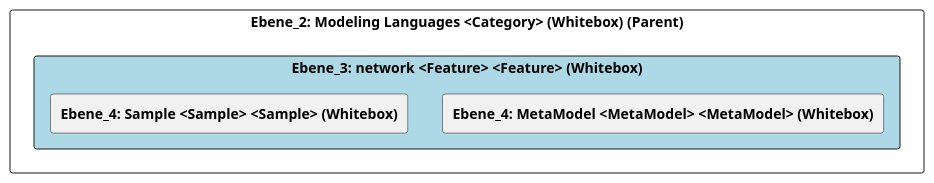
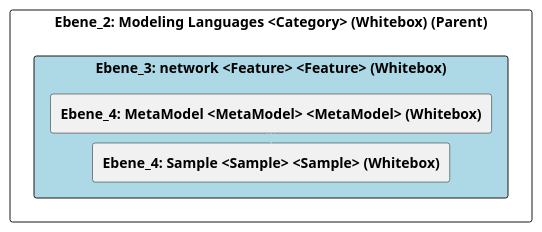
One commit to marcozwyssig/cleon changed the diagram in doc/cleonproject_deliverables_architecture_model_architecture/adoc/de/05_bausteinsicht/cleon/modeling_languages/network/ebene_3_network.adoc. Above: the diagram before and after it, drawn with PlantUML. The commit also changed other lines of this file and 214 other files, not shown here.

```diff
--- a/doc/cleonproject_deliverables_architecture_model_architecture/adoc/de/05_bausteinsicht/cleon/modeling_languages/network/ebene_3_network.adoc
+++ b/doc/cleonproject_deliverables_architecture_model_architecture/adoc/de/05_bausteinsicht/cleon/modeling_languages/network/ebene_3_network.adoc
@@ -20,25 +20,28 @@
 [plantuml, Ebene_3: network <Feature> <Feature> (Whitebox)BlockOverview, format="svg"]
 ----
 @startuml Ebene_3: network <Feature> <Feature> (Whitebox)BuildingBlockOverview
 
 skinparam ranksep 10
 skinparam componentStyle rectangle
 skinparam shadowing false
 skinparam arrowColor lightblue
 skinparam arrowThickness 1.2
 skinparam rectangle {
   BackgroundColor White
   BorderColor #333
   RoundCorner 10
 }
 top to bottom direction
 
 component "Ebene_2: Modeling Languages <Category> (Whitebox) (Parent)" {
     component "Ebene_3: network <Feature> <Feature> (Whitebox)" #lightblue {
         [**Ebene_4: MetaModel <MetaModel> <MetaModel> (Whitebox)**] as 4A570572_D579_11EE_903E_9F564E4DE07E
         [**Ebene_4: Sample <Sample> <Sample> (Whitebox)**] as 4A56DE48_D579_11EE_903E_9F564E4DE07E
     }
+
+    4A570572_D579_11EE_903E_9F564E4DE07E -down-> 4A56DE48_D579_11EE_903E_9F564E4DE07E
+    
 }
 
 @enduml
 ----
```
